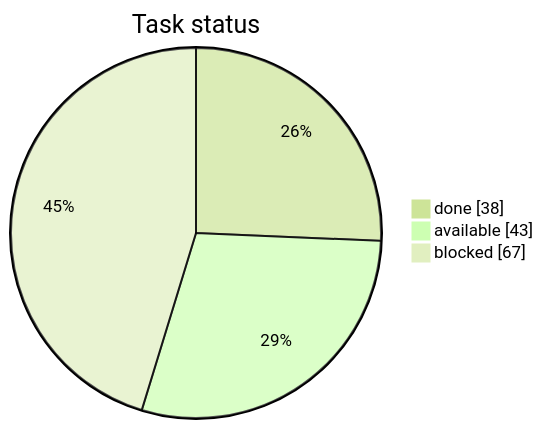
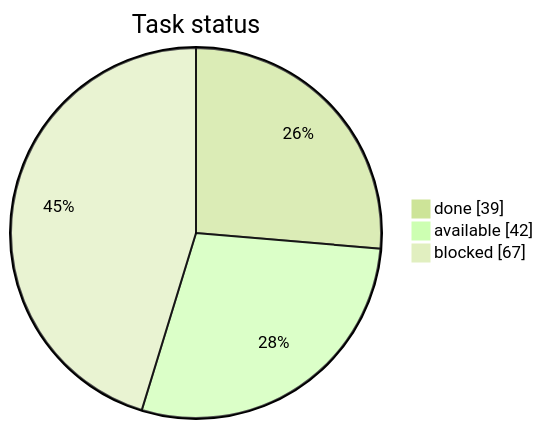
The first of 3 diagrams in STATUS.md (artemiiShabanov/RallyRivals), drawn with Mermaid (forest theme) before and after one commit. The commit also changed other lines of this file and 14 other files, not shown here.

````diff
--- a/STATUS.md
+++ b/STATUS.md
@@ -7,7 +7,7 @@
 ```mermaid
 pie showData
     title Task status
-    "done" : 38
-    "available" : 43
+    "done" : 39
+    "available" : 42
     "blocked" : 67
 ```
````
